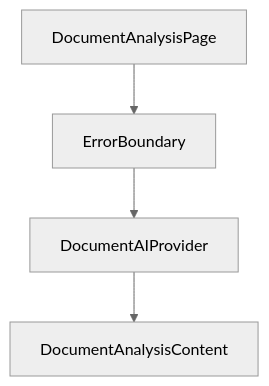
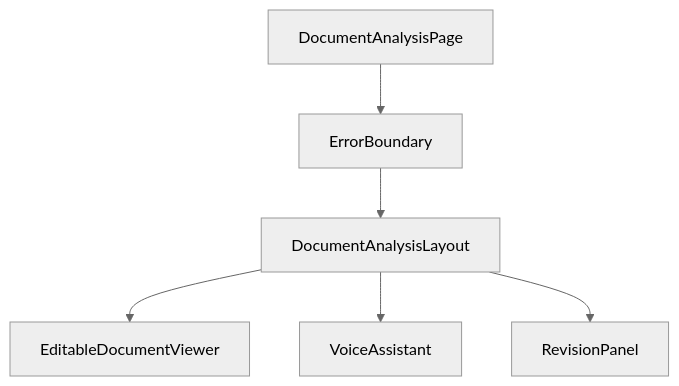
Before and after one commit to lyonelpierce/trustink: the first of 4 diagrams in documentation/05-component-reference.md, drawn with Mermaid (neutral theme). The commit also changed other lines of this file and 61 other files, not shown here.

Commit message:
feat(mpv-stack): erd integration w/ tests

````diff
--- a/documentation/05-component-reference.md
+++ b/documentation/05-component-reference.md
@@ -18,6 +19,8 @@
 ```mermaid
 graph TD
     A[DocumentAnalysisPage] --> B[ErrorBoundary]
-    B --> C[DocumentAIProvider]
-    C --> D[DocumentAnalysisContent]
+    B --> C[DocumentAnalysisLayout]
+    C --> D[EditableDocumentViewer]
+    C --> E[VoiceAssistant]
+    C --> F[RevisionPanel]
 ```
````
